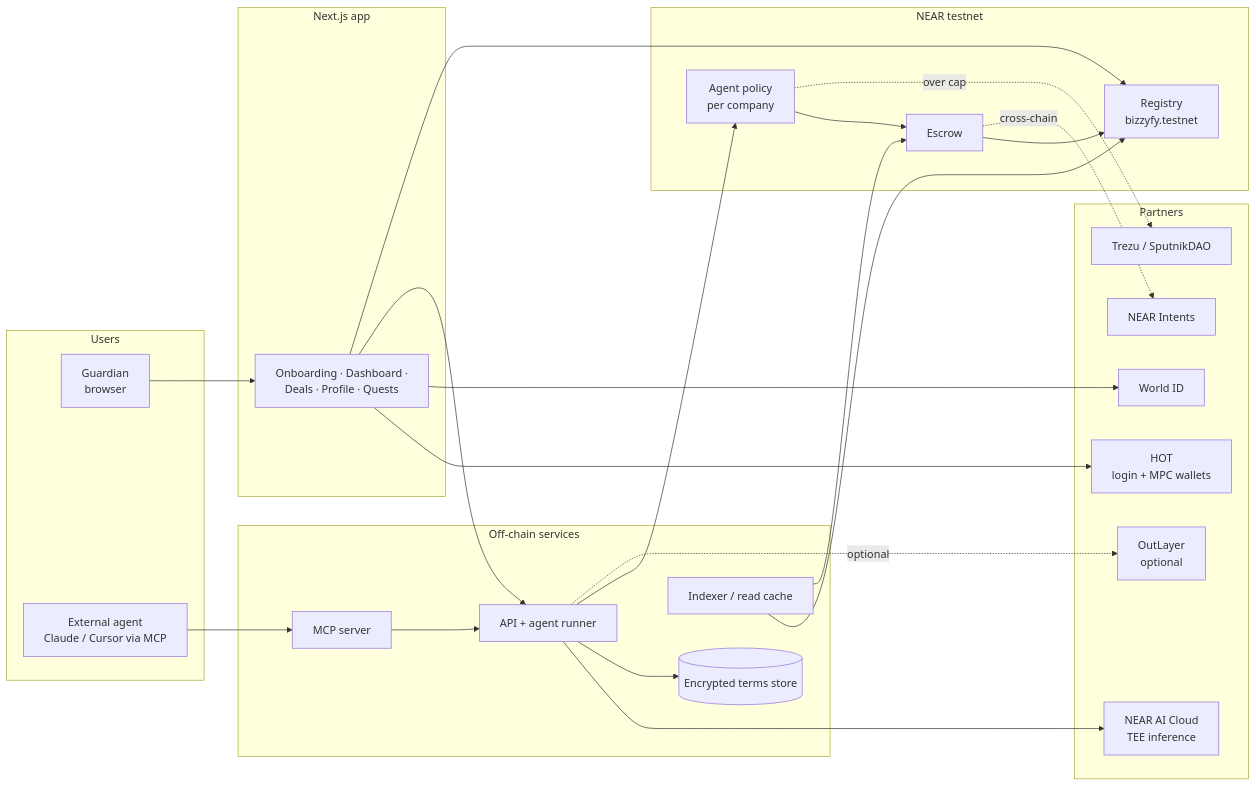
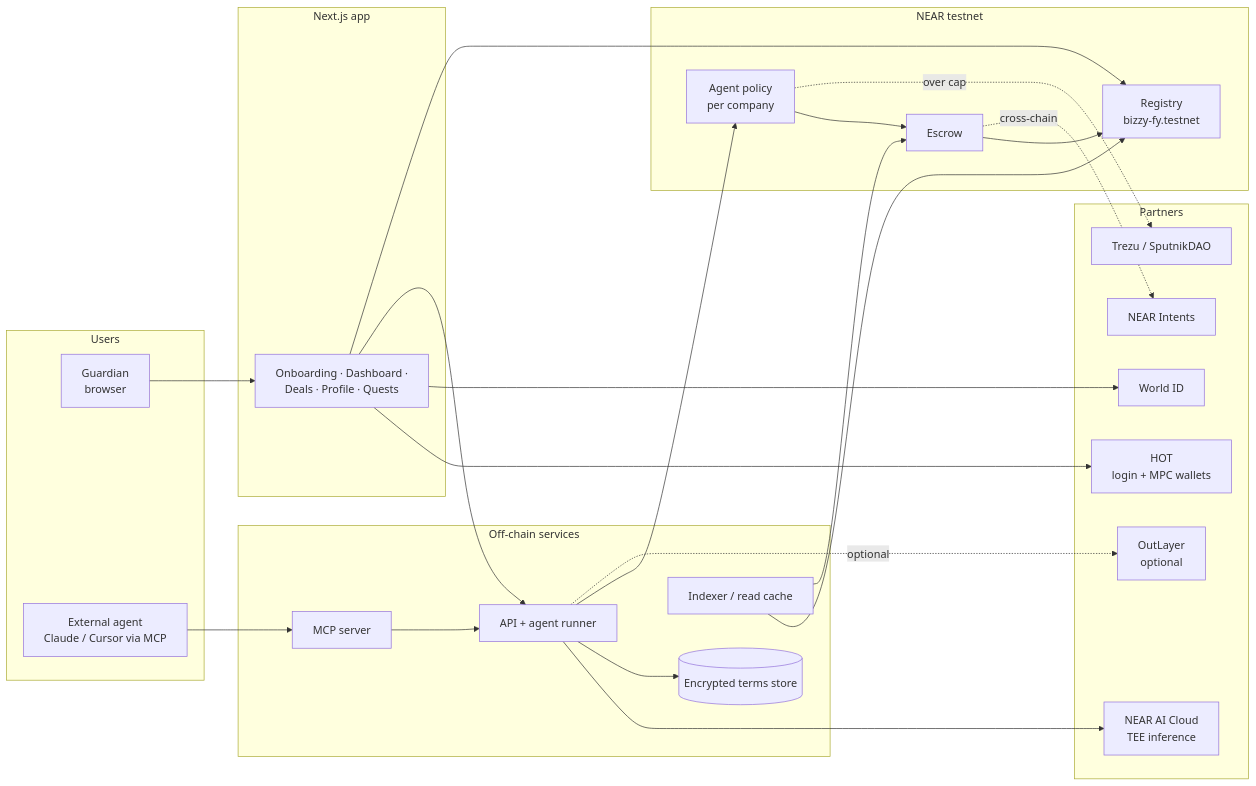
The first of 3 diagrams in docs/architecture.md (Kelechikizito/bizzy-fi), drawn with Mermaid before and after one commit. The commit also changed other lines of this file and 14 other files, not shown here.

Commit message:
Rename account to bizzy-fy.testnet

````diff
--- a/docs/architecture.md
+++ b/docs/architecture.md
@@ -88,50 +88,50 @@
 ```mermaid
 flowchart LR
     subgraph Users
         G[Guardian<br/>browser]
         EXT[External agent<br/>Claude / Cursor via MCP]
     end
 
     subgraph Frontend [Next.js app]
         UI[Onboarding · Dashboard ·<br/>Deals · Profile · Quests]
     end
 
     subgraph Backend [Off-chain services]
         API[API + agent runner]
         MCP[MCP server]
         VAULT[(Encrypted terms store)]
         IDX[Indexer / read cache]
     end
 
     subgraph Partners
         NAI[NEAR AI Cloud<br/>TEE inference]
         WID[World ID]
         HOT[HOT<br/>login + MPC wallets]
         TRZ[Trezu / SputnikDAO]
         INT[NEAR Intents]
         OUT[OutLayer<br/>optional]
     end
 
     subgraph NEAR [NEAR testnet]
-        REG[Registry<br/>bizzyfy.testnet]
+        REG[Registry<br/>bizzy-fy.testnet]
         POL[Agent policy<br/>per company]
         ESC[Escrow]
     end
 
     G --> UI
     UI --> HOT
     UI --> WID
     UI --> API
     EXT --> MCP --> API
     API --> NAI
     API --> VAULT
     API --> POL
     UI --> REG
     POL --> ESC
     ESC --> REG
     POL -. over cap .-> TRZ
     ESC -. cross-chain .-> INT
     API -. optional .-> OUT
     IDX --> REG
     IDX --> ESC
 ```
````
